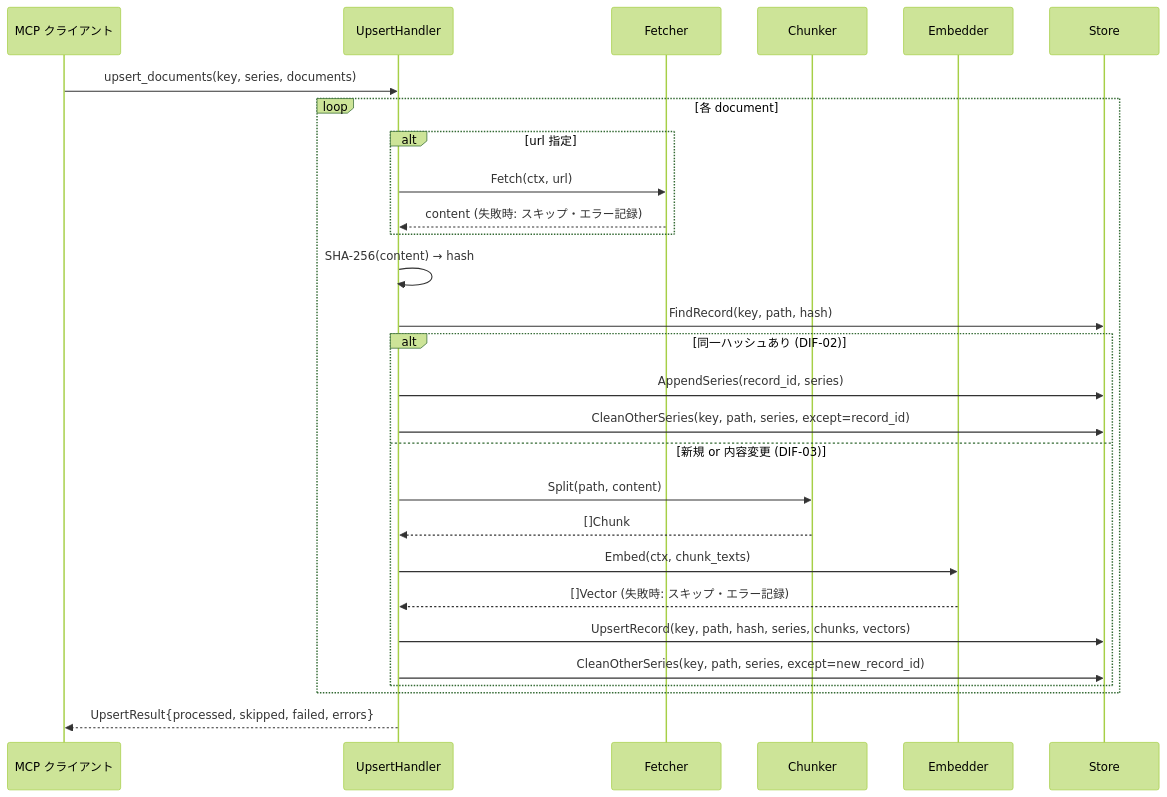
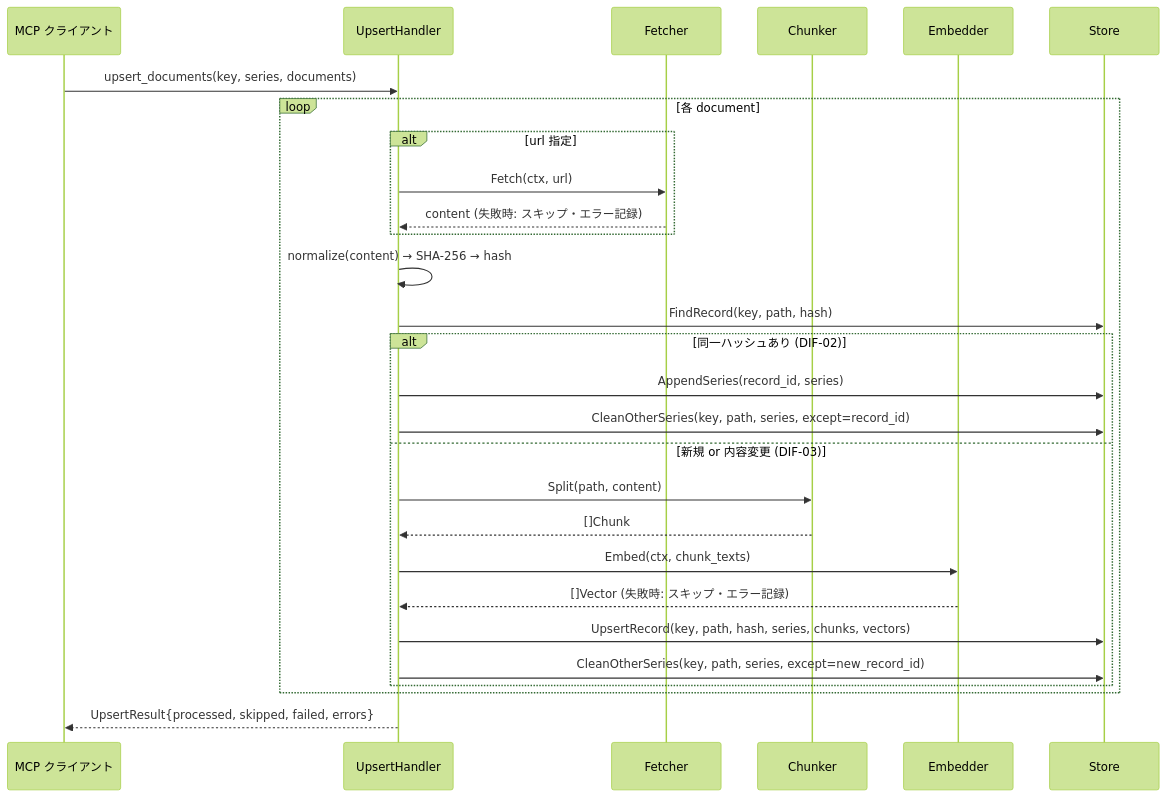
The fourth of 5 diagrams in docs/specs/base/design/DES-001_doc_db_mcp_server_design.md (BlueEventHorizon/doc-db-mcp-server), drawn with Mermaid (forest theme) before and after one commit. The commit also changed other lines of this file, not shown here.

````diff
--- a/docs/specs/base/design/DES-001_doc_db_mcp_server_design.md
+++ b/docs/specs/base/design/DES-001_doc_db_mcp_server_design.md
@@ -239,31 +239,31 @@
 ```mermaid
 sequenceDiagram
     participant C as MCP クライアント
     participant H as UpsertHandler
     participant F as Fetcher
     participant Ch as Chunker
     participant E as Embedder
     participant S as Store
 
     C->>H: upsert_documents(key, series, documents)
     loop 各 document
         alt url 指定
             H->>F: Fetch(ctx, url)
             F-->>H: content (失敗時: スキップ・エラー記録)
         end
-        H->>H: SHA-256(content) → hash
+        H->>H: normalize(content) → SHA-256 → hash
         H->>S: FindRecord(key, path, hash)
         alt 同一ハッシュあり (DIF-02)
             H->>S: AppendSeries(record_id, series)
             H->>S: CleanOtherSeries(key, path, series, except=record_id)
         else 新規 or 内容変更 (DIF-03)
             H->>Ch: Split(path, content)
             Ch-->>H: []Chunk
             H->>E: Embed(ctx, chunk_texts)
             E-->>H: []Vector (失敗時: スキップ・エラー記録)
             H->>S: UpsertRecord(key, path, hash, series, chunks, vectors)
             H->>S: CleanOtherSeries(key, path, series, except=new_record_id)
         end
     end
     H-->>C: UpsertResult{processed, skipped, failed, errors}
 ```
````
